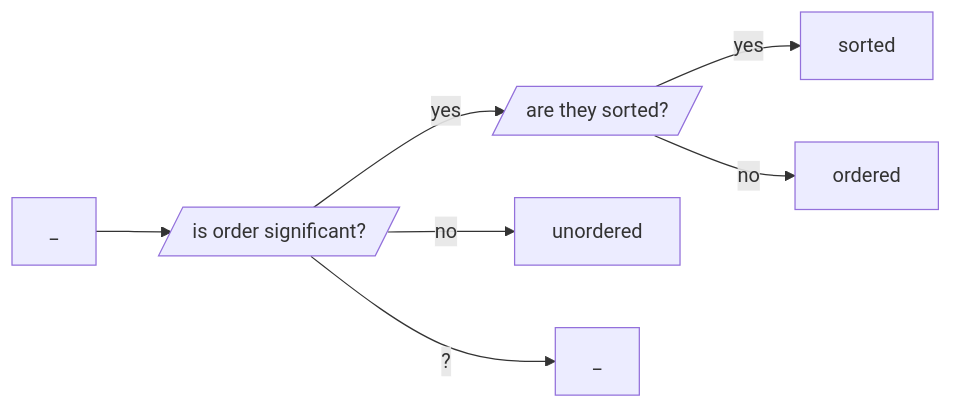
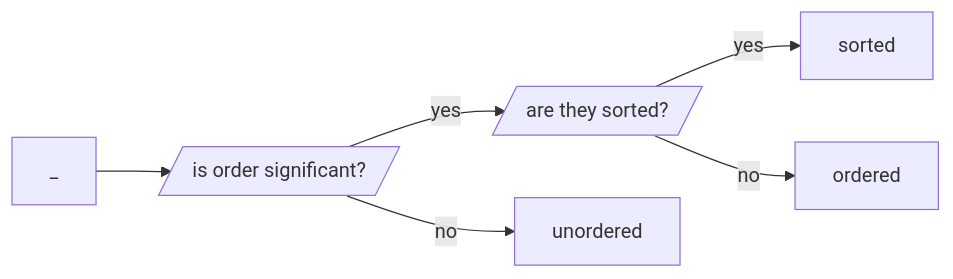
Before and after one commit to pretore/aquarium-butterflyfish: the first of 2 diagrams in README.md, drawn with Mermaid. The commit also changed 6 other files, not shown here.

````diff
--- a/README.md
+++ b/README.md
@@ -10,9 +10,8 @@
 ```mermaid
 flowchart LR
     A["_"] --> B[/"is order significant?"/]
     B -->|yes| C[/"are they sorted?"/]
     B -->|no| D["unordered"]
-    B -->|?| Z["_"]
     C -->|yes| E["sorted"]
     C -->|no| F["ordered"]
 ```
````
